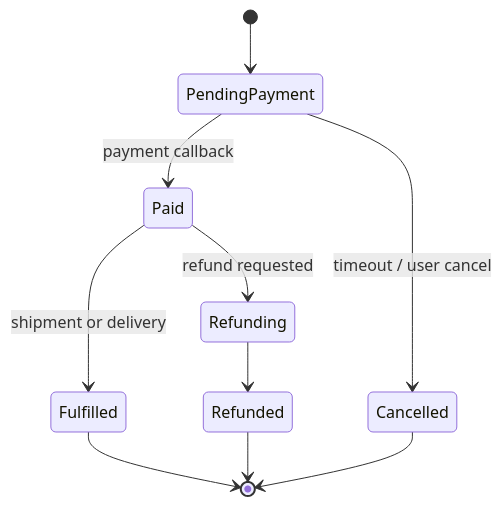
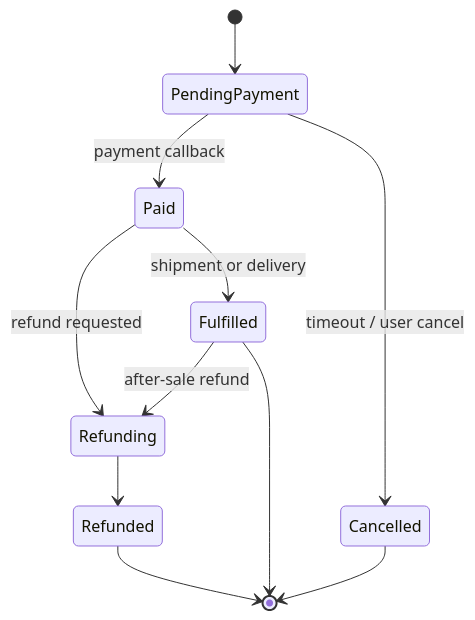
The second of 4 diagrams in docs/system-design/order-system.md (AmazingCaddy/readings-backend), drawn with Mermaid before and after one commit. The commit also changed other lines of this file, not shown here.

````diff
--- a/docs/system-design/order-system.md
+++ b/docs/system-design/order-system.md
@@ -22,12 +47,13 @@
 ```mermaid
 stateDiagram-v2
     [*] --> PendingPayment
     PendingPayment --> Paid: payment callback
     PendingPayment --> Cancelled: timeout / user cancel
     Paid --> Fulfilled: shipment or delivery
     Paid --> Refunding: refund requested
     Refunding --> Refunded
+    Fulfilled --> Refunding: after-sale refund
+    Refunded --> [*]
     Fulfilled --> [*]
     Cancelled --> [*]
-    Refunded --> [*]
 ```
````
